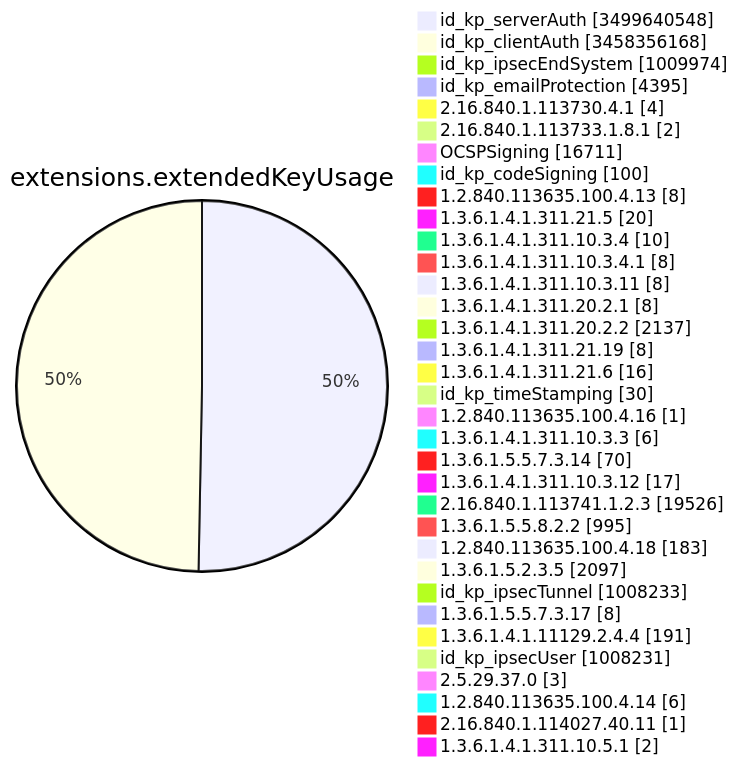
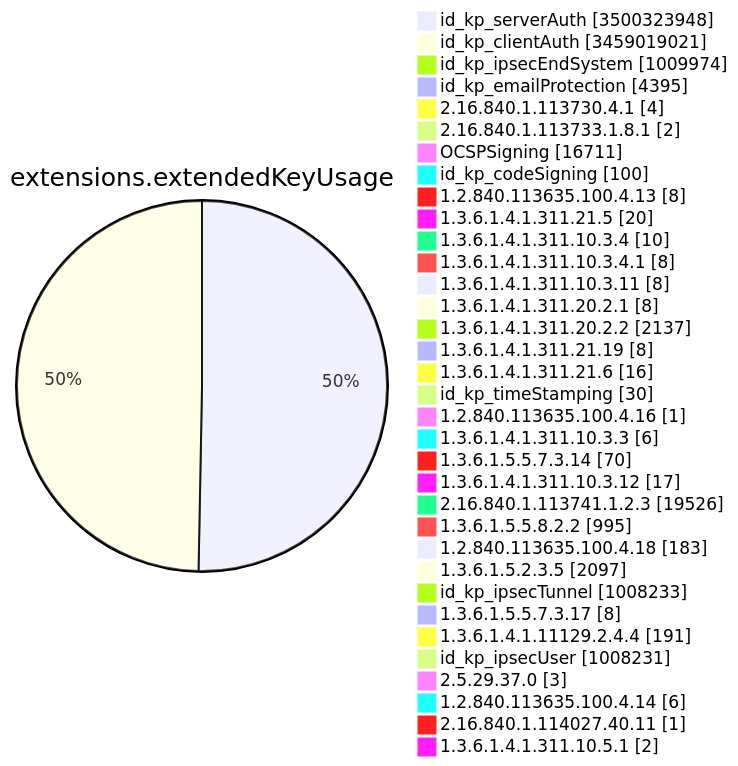
Before and after one commit to christiankrug/ctmonitor_visualization: diagram 11 of 15 in TOTAL/README.md, drawn with Mermaid. The commit also changed other lines of this file, not shown here.

````diff
--- a/TOTAL/README.md
+++ b/TOTAL/README.md
@@ -4126,38 +4126,38 @@
 ```mermaid
 pie showData
 title extensions.extendedKeyUsage
-"id_kp_serverAuth" :3499640548
-"id_kp_clientAuth" :3458356168
+"id_kp_serverAuth" :3500323948
+"id_kp_clientAuth" :3459019021
 "id_kp_ipsecEndSystem" :1009974
 "id_kp_emailProtection" :4395
 "2.16.840.1.113730.4.1" :4
 "2.16.840.1.113733.1.8.1" :2
 "OCSPSigning" :16711
 "id_kp_codeSigning" :100
 "1.2.840.113635.100.4.13" :8
 "1.3.6.1.4.1.311.21.5" :20
 "1.3.6.1.4.1.311.10.3.4" :10
 "1.3.6.1.4.1.311.10.3.4.1" :8
 "1.3.6.1.4.1.311.10.3.11" :8
 "1.3.6.1.4.1.311.20.2.1" :8
 "1.3.6.1.4.1.311.20.2.2" :2137
 "1.3.6.1.4.1.311.21.19" :8
 "1.3.6.1.4.1.311.21.6" :16
 "id_kp_timeStamping" :30
 "1.2.840.113635.100.4.16" :1
 "1.3.6.1.4.1.311.10.3.3" :6
 "1.3.6.1.5.5.7.3.14" :70
 "1.3.6.1.4.1.311.10.3.12" :17
 "2.16.840.1.113741.1.2.3" :19526
 "1.3.6.1.5.5.8.2.2" :995
 "1.2.840.113635.100.4.18" :183
 "1.3.6.1.5.2.3.5" :2097
 "id_kp_ipsecTunnel" :1008233
 "1.3.6.1.5.5.7.3.17" :8
 "1.3.6.1.4.1.11129.2.4.4" :191
 "id_kp_ipsecUser" :1008231
 "2.5.29.37.0" :3
 "1.2.840.113635.100.4.14" :6
 "2.16.840.1.114027.40.11" :1
 "1.3.6.1.4.1.311.10.5.1" :2
 ```
````
